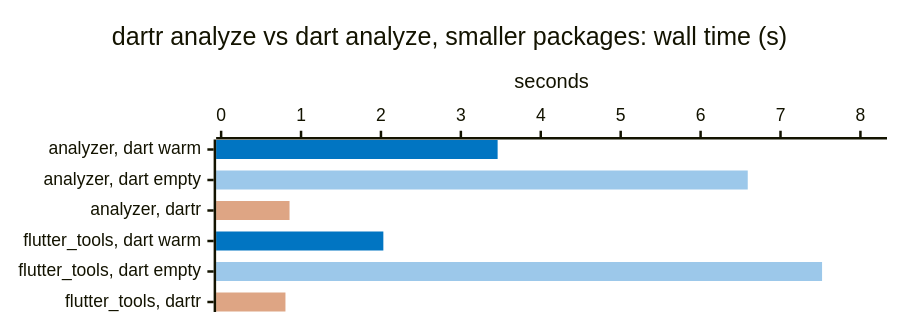
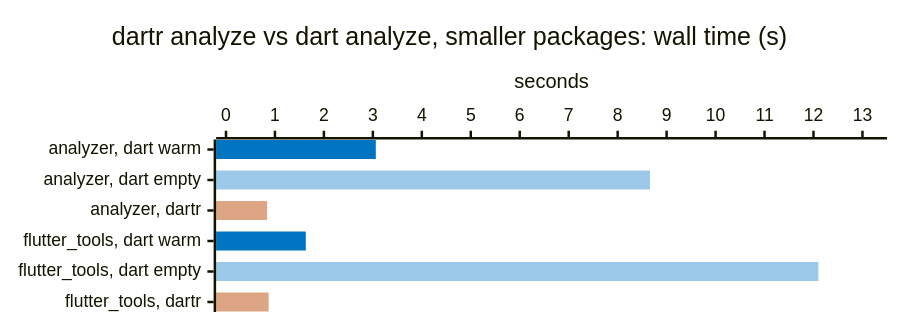
One commit to orestesgaolin/dartr changed the second of 14 diagrams in docs/BENCHMARKS.md. Above: the diagram before and after it, drawn with Mermaid. The commit also changed other lines of this file and 1 other file, not shown here.

Commit message:
docs(bench): results after CPU round 5 and the plugin fix; charts updated

````diff
--- a/docs/BENCHMARKS.md
+++ b/docs/BENCHMARKS.md
@@ -36,18 +36,18 @@
 ```mermaid
 ---
 config:
   xyChart:
     height: 240
   themeVariables:
     xyChart:
       plotColorPalette: "#0175C2, #9CC8EA, #DEA584"
 ---
 xychart-beta horizontal
     %% -100 = no bar: one series per measurement gives each its own color
     title "dartr analyze vs dart analyze, smaller packages: wall time (s)"
     x-axis ["analyzer, dart warm", "analyzer, dart empty", "analyzer, dartr", "flutter_tools, dart warm", "flutter_tools, dart empty", "flutter_tools, dartr"]
-    y-axis "seconds" 0 --> 8.27
-    bar [3.46, -100, -100, 2.03, -100, -100]
-    bar [-100, 6.59, -100, -100, 7.52, -100]
-    bar [-100, -100, 0.856, -100, -100, 0.805]
+    y-axis "seconds" 0 --> 13.3
+    bar [3.06, -100, -100, 1.63, -100, -100]
+    bar [-100, 8.66, -100, -100, 12.1, -100]
+    bar [-100, -100, 0.84, -100, -100, 0.871]
 ```
````
